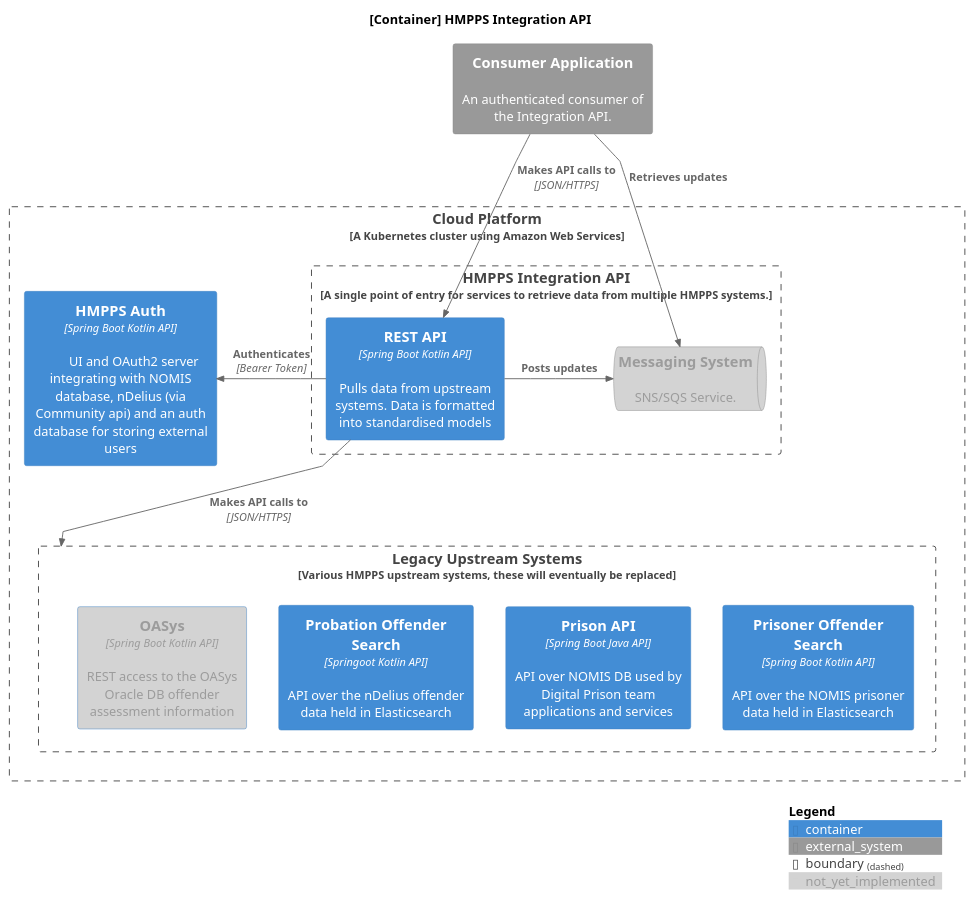
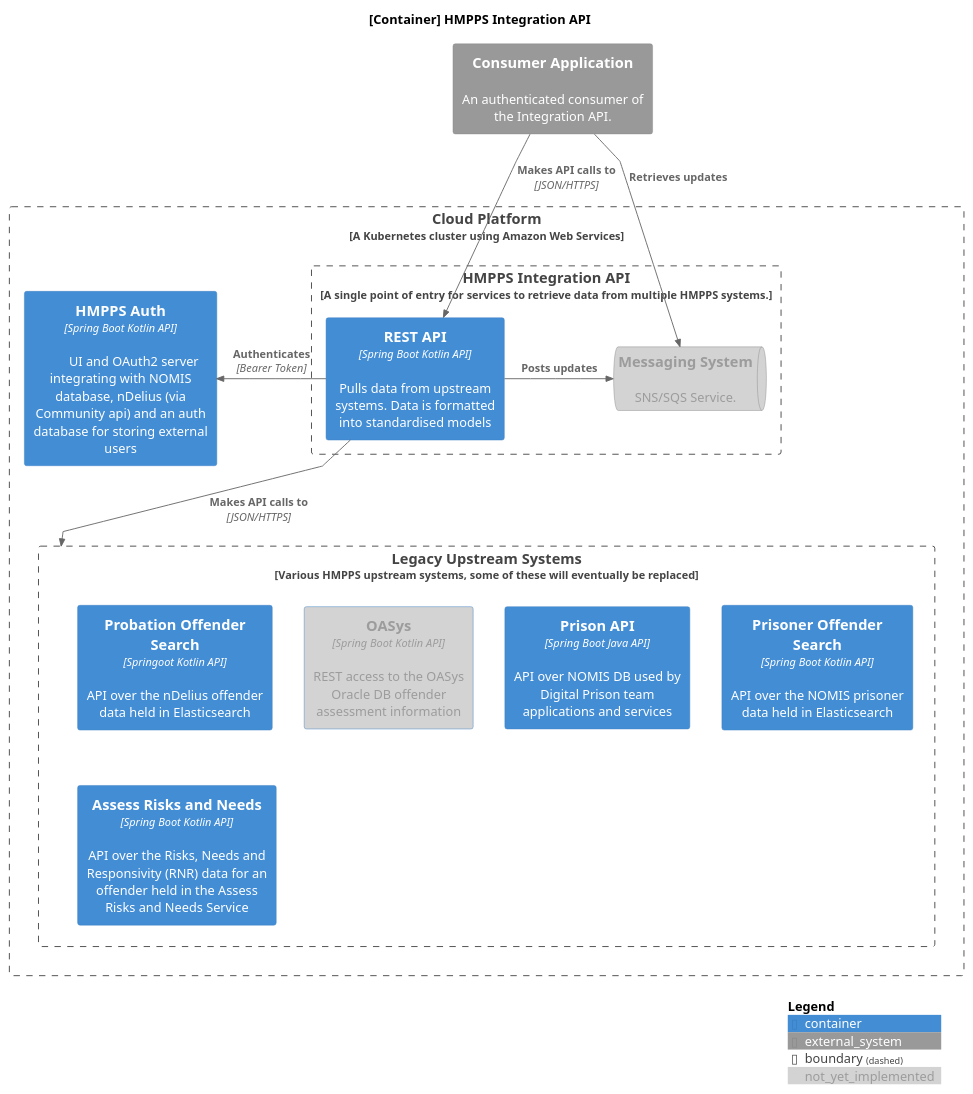
One commit to ministryofjustice/hmpps-integration-api changed the diagram in docs/diagrams/container.puml. Above: the diagram before and after it, drawn with PlantUML. The commit also changed 1 other file, not shown here.

Commit message:
updated the diagram to include a meaningful ARN section

```diff
--- a/docs/diagrams/container.puml
+++ b/docs/diagrams/container.puml
@@ -1,38 +1,39 @@
 @startuml container
 
 !include https://raw.githubusercontent.com/plantuml-stdlib/C4-PlantUML/master/C4_Container.puml
 
 skinparam linetype polyline
 
 title [Container] HMPPS Integration API
 
 AddElementTag("not_yet_implemented", $bgColor="#D3D3D3", $fontColor="#9C9C9C")
 
 System_Ext(consumer, "Consumer Application", "An authenticated consumer of the Integration API.")
 
 Boundary(aws_cloudplatform, "Cloud Platform", "A Kubernetes cluster using Amazon Web Services", $link="https://user-guide.cloud-platform.service.justice.gov.uk/documentation/concepts/cp-tech-overview.html") {
     Boundary(hmpps_integration_api, "HMPPS Integration API", "A single point of entry for services to retrieve data from multiple HMPPS systems."){
         Container(spring_boot_api, "REST API", "Spring Boot Kotlin API", "Pulls data from upstream systems. Data is formatted into standardised models", $link="https://github.com/ministryofjustice/hmpps-integration-api")
         SystemQueue_Ext(messaging, "Messaging System", "SNS/SQS Service.",$tags="not_yet_implemented")
     }
 
     Container(hmpps_auth, "HMPPS Auth", "Spring Boot Kotlin API", "	UI and OAuth2 server integrating with NOMIS database, nDelius (via Community api) and an auth database for storing external users", $link="https://github.com/ministryofjustice/hmpps-auth")
 
-    Boundary(upstream, "Legacy Upstream Systems", "Various HMPPS upstream systems, these will eventually be replaced"){
+    Boundary(upstream, "Legacy Upstream Systems", "Various HMPPS upstream systems, some of these will eventually be replaced"){
         Container(prison_api, "Prison API", "Spring Boot Java API", "API over NOMIS DB used by Digital Prison team applications and services", $link="https://github.com/ministryofjustice/prison-api")
         Container(probation_offender_search, "Probation Offender Search", "Springoot Kotlin API", "API over the nDelius offender data held in Elasticsearch", $link="https://probation-offender-search-dev.hmpps.service.justice.gov.uk/swagger-ui/index.html")
         Container(prison_offender_search, "Prisoner Offender Search", "Spring Boot Kotlin API", "API over the NOMIS prisoner data held in Elasticsearch", $link="https://github.com/ministryofjustice/prisoner-offender-search")
         Container(oasys, "OASys", "Spring Boot Kotlin API", "REST access to the OASys Oracle DB offender assessment information", $link="https://github.com/ministryofjustice/offender-assessments-api-kotlin", $tags="not_yet_implemented")
+        Container(oasys_arn, "Assess Risks and Needs", "Spring Boot Kotlin API", "API over the Risks, Needs and Responsivity (RNR) data for an offender held in the Assess Risks and Needs Service", $link="https://github.com/ministryofjustice/hmpps-assess-risks-and-needs")
         Lay_L(prison_offender_search, prison_api)
     }
 }
 
 Rel(consumer, spring_boot_api, "Makes API calls to", "JSON/HTTPS")
 Rel(consumer, messaging, "Retrieves updates")
 Rel_Right(spring_boot_api, messaging, "Posts updates")
 Rel_Right(spring_boot_api, hmpps_auth, "Authenticates", "Bearer Token")
 Rel_Down(spring_boot_api, upstream, "Makes API calls to", "JSON/HTTPS")
 
 SHOW_DYNAMIC_LEGEND()
 
 @enduml
```
